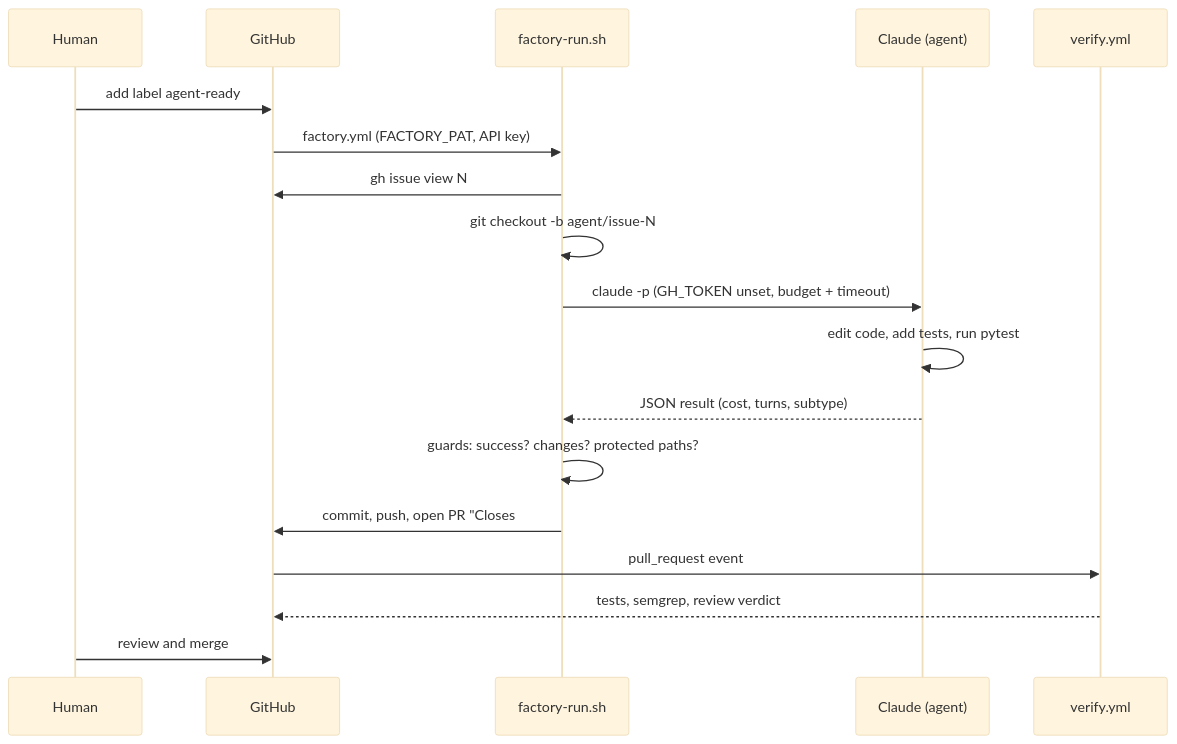
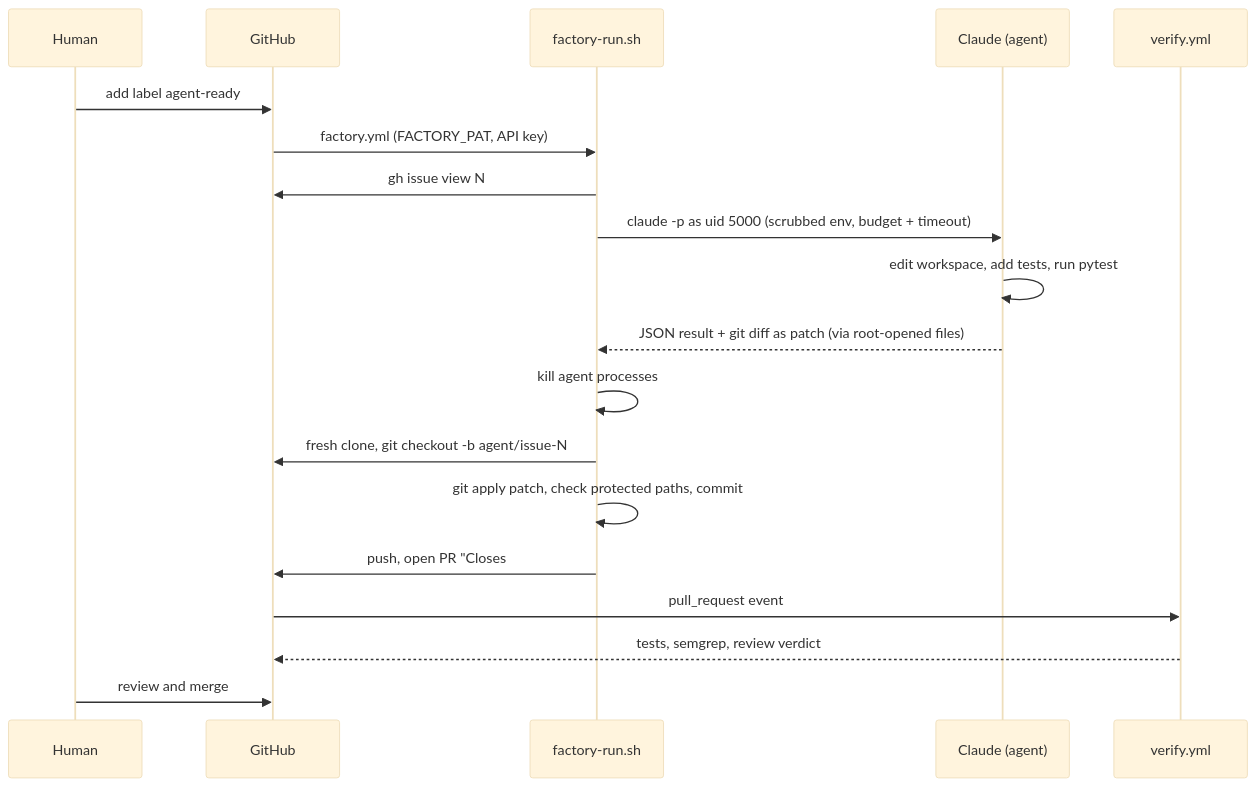
One commit to fasoulas/factory-sandbox changed the second of 3 diagrams in README.md. Above: the diagram before and after it, drawn with Mermaid (base theme). The commit also changed other lines of this file, not shown here.

First line of the commit message:
docs: README covers privilege separation, patch flow, uid 5000, new statuses

````diff
--- a/README.md
+++ b/README.md
@@ -44,21 +54,22 @@
 ```mermaid
 sequenceDiagram
     participant H as Human
     participant GH as GitHub
     participant W as factory-run.sh
     participant C as Claude (agent)
     participant V as verify.yml
 
     H->>GH: add label agent-ready
     GH->>W: factory.yml (FACTORY_PAT, API key)
     W->>GH: gh issue view N
-    W->>W: git checkout -b agent/issue-N
-    W->>C: claude -p (GH_TOKEN unset, budget + timeout)
-    C->>C: edit code, add tests, run pytest
-    C-->>W: JSON result (cost, turns, subtype)
-    W->>W: guards: success? changes? protected paths?
-    W->>GH: commit, push, open PR "Closes #N"
+    W->>C: claude -p as uid 5000 (scrubbed env, budget + timeout)
+    C->>C: edit workspace, add tests, run pytest
+    C-->>W: JSON result + git diff as patch (via root-opened files)
+    W->>W: kill agent processes
+    W->>GH: fresh clone, git checkout -b agent/issue-N
+    W->>W: git apply patch, check protected paths, commit
+    W->>GH: push, open PR "Closes #N"
     GH->>V: pull_request event
     V-->>GH: tests, semgrep, review verdict
     H->>GH: review and merge
 ```
````
